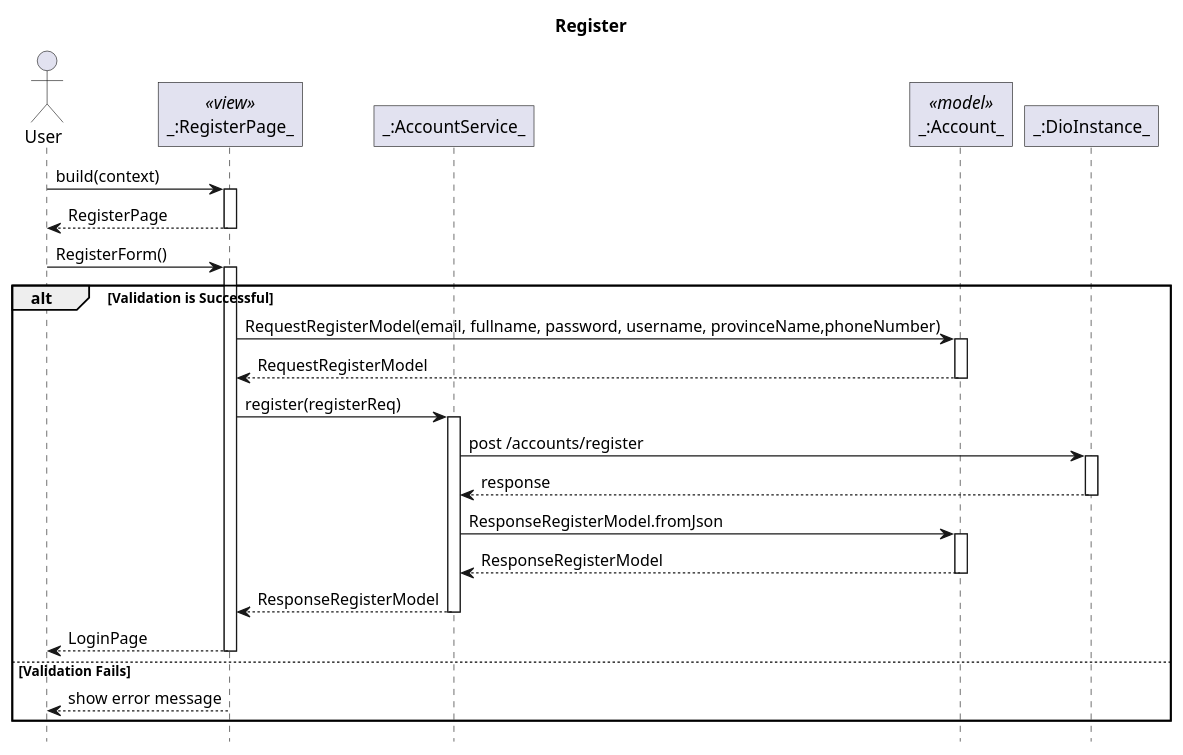
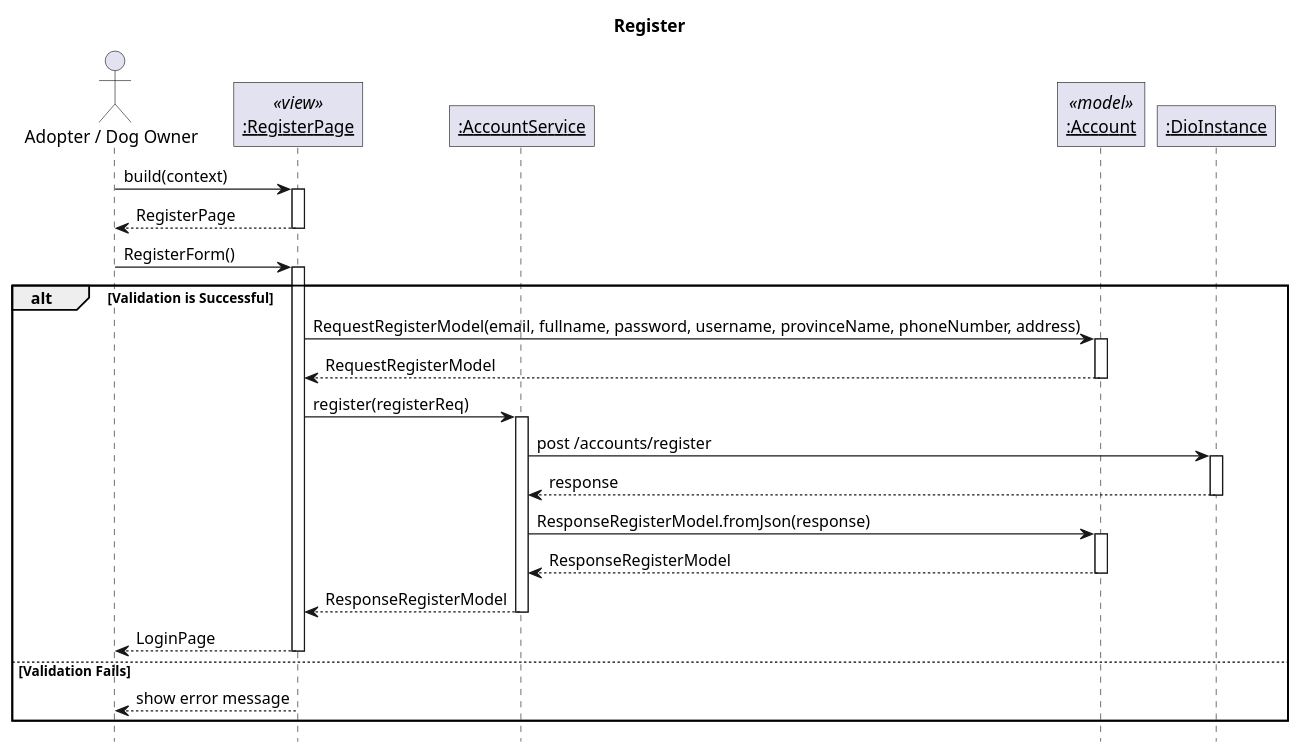
Before and after one commit to sharoncedila/FO_woofers: the diagram in lib/plantuml/sequence/account/register.puml, drawn with PlantUML. The commit also changed 31 other files, not shown here.

Commit message:
push updated sequence plantuml

```diff
--- a/lib/plantuml/sequence/account/register.puml
+++ b/lib/plantuml/sequence/account/register.puml
@@ -1,37 +1,37 @@
 @startuml Register
 ' Global param
 title Register
 autoactivate on
 
 ' Global style configuration
 skinparam RoundCorner 0
 hide footbox
 
 ' Sequence participant configuration
-actor User
-participant "_:RegisterPage_" as Page <<view>>
-participant "_:AccountService_" as Service
-participant "_:Account_" as Model <<model>>
-participant "_:DioInstance_" as Dio
+actor "Adopter / Dog Owner" as User
+participant "__:RegisterPage__" as Page <<view>>
+participant "__:AccountService__" as Service
+participant "__:Account__" as Model <<model>>
+participant "__:DioInstance__" as Dio
 
 
 ' Sequence diagram
-User -> Page: build(context)
-User <-- Page: RegisterPage
+User -> Page : build(context)
+User <-- Page : RegisterPage
 User -> Page: RegisterForm()
 alt Validation is Successful
-Page -> Model: RequestRegisterModel(email, fullname, password, username, provinceName,phoneNumber)
+Page -> Model: RequestRegisterModel(email, fullname, password, username, provinceName, phoneNumber, address)
 Page <-- Model: RequestRegisterModel
 Page -> Service: register(registerReq)
 Service -> Dio : post /accounts/register
 Service <-- Dio : response
-Service -> Model: ResponseRegisterModel.fromJson
+Service -> Model: ResponseRegisterModel.fromJson(response)
 Service <-- Model: ResponseRegisterModel
 Page <-- Service: ResponseRegisterModel
 User <-- Page: LoginPage
 else Validation Fails
     User <-- Page: show error message
 end
 
 
 @enduml
```
